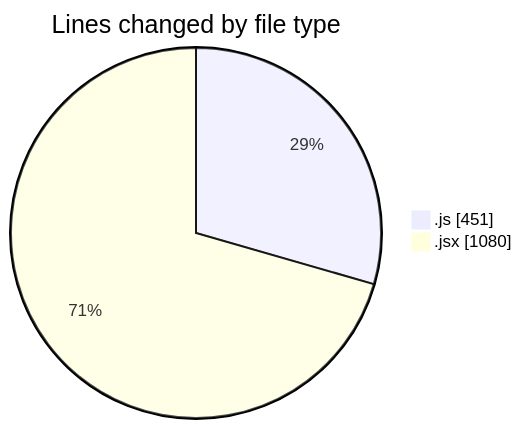
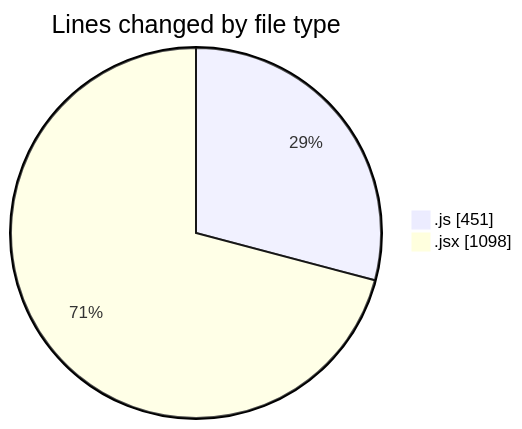
One commit to nxtqubesakshisongat/code-tracking changed the first of 2 diagrams in 2025-12-01/nxtqube_webapp/README.md. Above: the diagram before and after it, drawn with Mermaid. The commit also changed other lines of this file and 1 other file, not shown here.

````diff
--- a/2025-12-01/nxtqube_webapp/README.md
+++ b/2025-12-01/nxtqube_webapp/README.md
@@ -22,6 +22,6 @@
 ```mermaid
 pie showData
 title Lines changed by file type
 ".js" : 451
-".jsx" : 1080
+".jsx" : 1098
 ```
````
